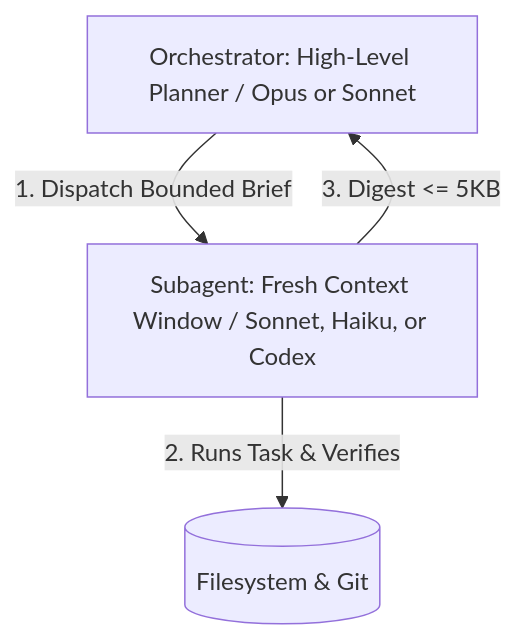
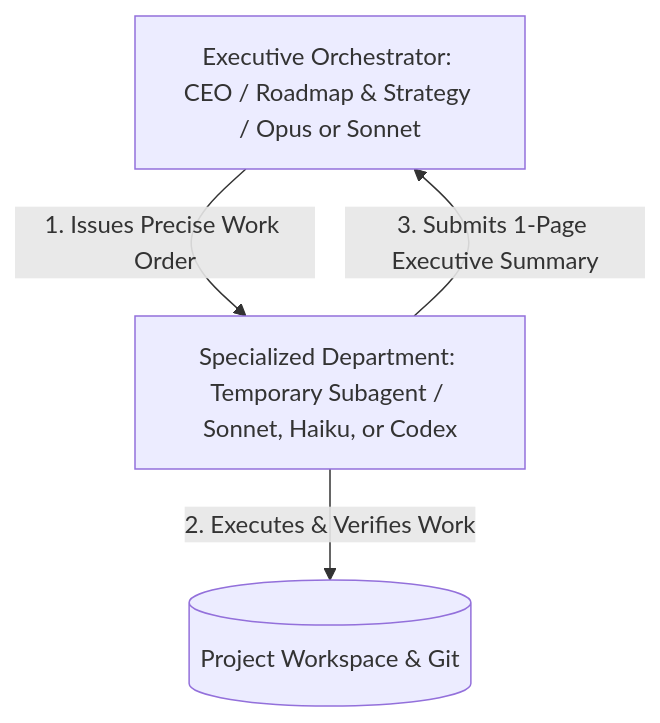
Before and after one commit to rasatpetabit/masterplan: the diagram in README.md, drawn with Mermaid. The commit also changed other lines of this file, not shown here.

Commit message:
docs: refactor subagent delegation to use corporate department analogy in README

````diff
--- a/README.md
+++ b/README.md
@@ -27,6 +29,6 @@
 ```mermaid
 graph TD
-    Orchestrator[Orchestrator: High-Level Planner / Opus or Sonnet] -->|1. Dispatch Bounded Brief| Subagent[Subagent: Fresh Context Window / Sonnet, Haiku, or Codex]
-    Subagent -->|2. Runs Task & Verifies| Filesystem[(Filesystem & Git)]
-    Subagent -->|3. Digest <= 5KB| Orchestrator
+    CEO[Executive Orchestrator: CEO / Roadmap & Strategy / Opus or Sonnet] -->|1. Issues Precise Work Order| Agent[Specialized Department: Temporary Subagent / Sonnet, Haiku, or Codex]
+    Agent -->|2. Executes & Verifies Work| Workspace[(Project Workspace & Git)]
+    Agent -->|3. Submits 1-Page Executive Summary| CEO
 ```
````
